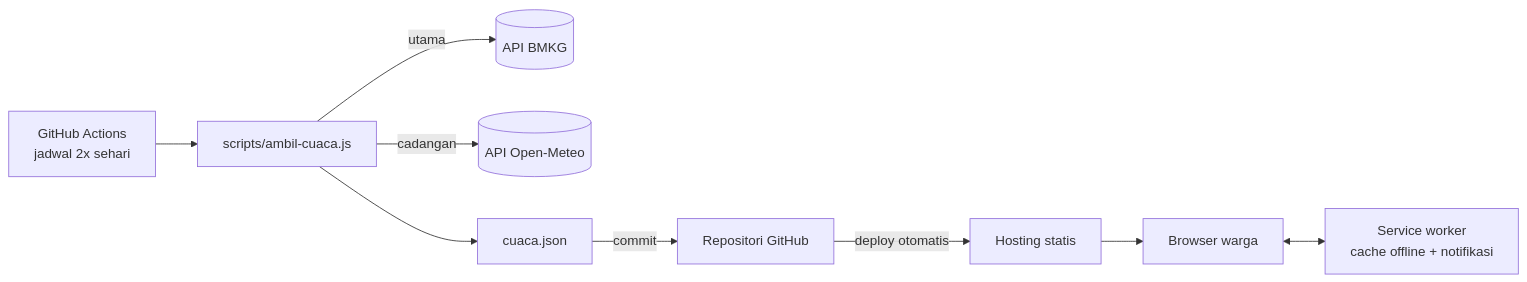
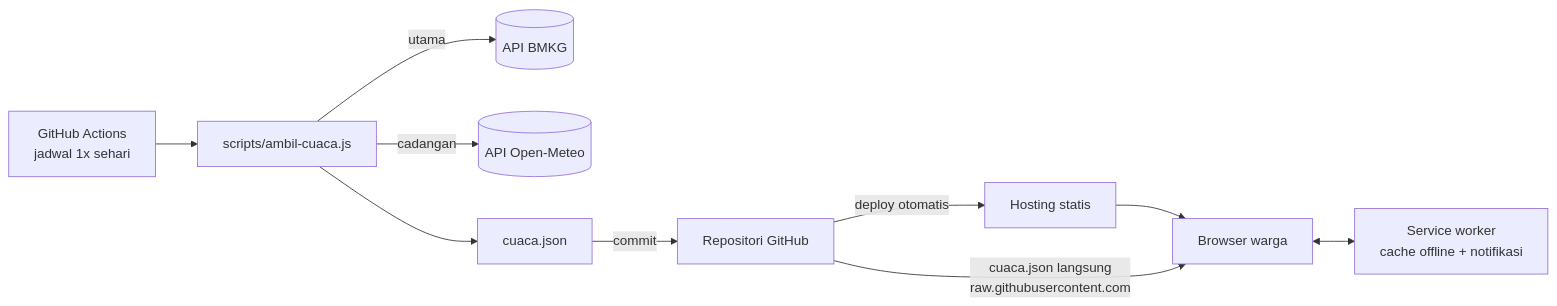
One commit to ryntac/Web-Lapor-Desa-Wirogomo changed the diagram in README.md. Above: the diagram before and after it, drawn with Mermaid. The commit also changed other lines of this file and 4 other files, not shown here.

````diff
--- a/README.md
+++ b/README.md
@@ -56,11 +56,12 @@
 ```mermaid
 flowchart LR
-  A[GitHub Actions<br/>jadwal 2x sehari] --> B[scripts/ambil-cuaca.js]
+  A[GitHub Actions<br/>jadwal 1x sehari] --> B[scripts/ambil-cuaca.js]
   B -->|utama| C[(API BMKG)]
   B -->|cadangan| D[(API Open-Meteo)]
   B --> E[cuaca.json]
   E -->|commit| F[Repositori GitHub]
   F -->|deploy otomatis| G[Hosting statis]
   G --> H[Browser warga]
+  F -->|cuaca.json langsung<br/>raw.githubusercontent.com| H
   H <--> I[Service worker<br/>cache offline + notifikasi]
 ```
````
